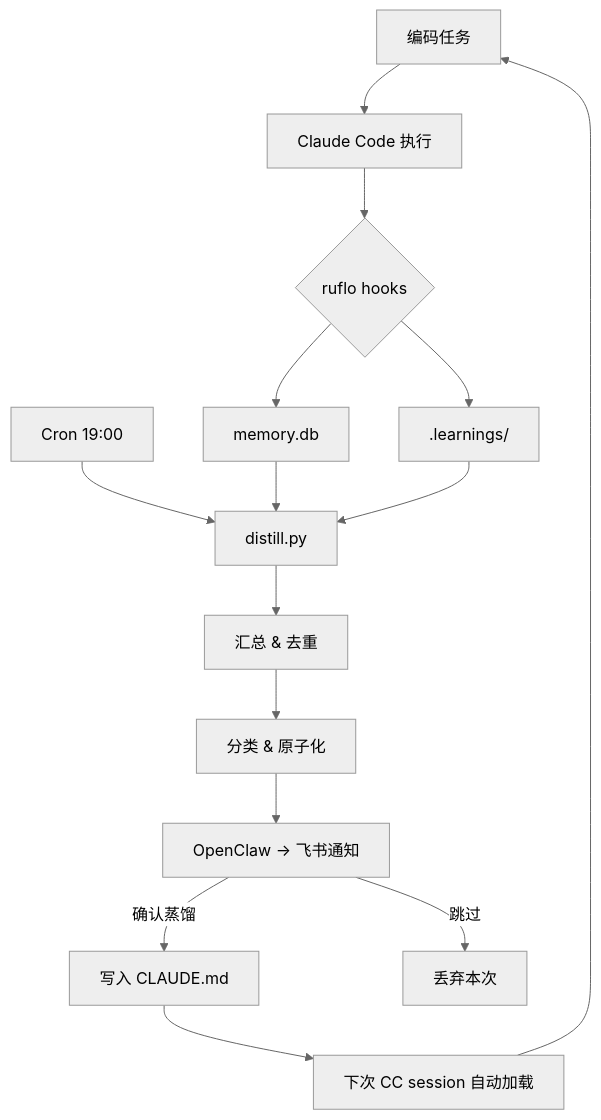
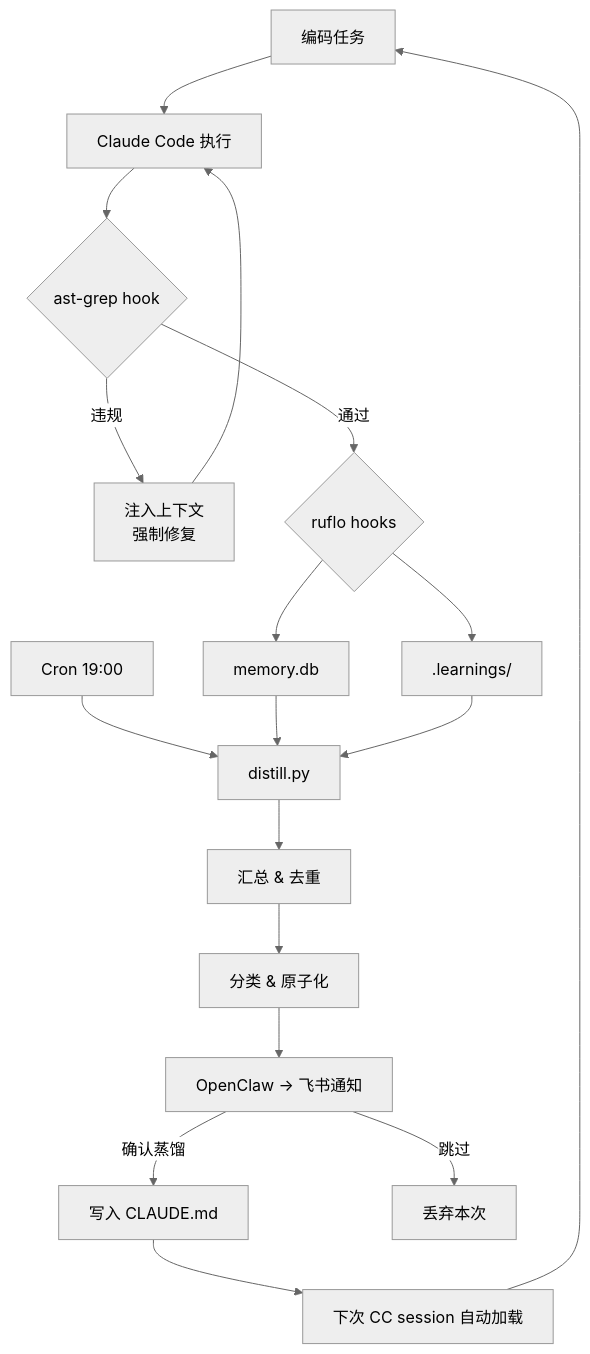
Before and after one commit to yaofuhong0311/ai-coding-workflow: the diagram in docs/self-evolution.md, drawn with Mermaid (neutral theme). The commit also changed 4 other files, not shown here.

First line of the commit message:
docs: add ast-grep mechanical enforcement and three-layer defense model

````diff
--- a/docs/self-evolution.md
+++ b/docs/self-evolution.md
@@ -97,21 +97,24 @@
 ```mermaid
 flowchart TD
     A[编码任务] --> B[Claude Code 执行]
-    B --> C{ruflo hooks}
-    C --> D[memory.db]
-    C --> E[.learnings/]
-    
+    B --> C{ast-grep hook}
+    C -->|违规| C1[注入上下文<br/>强制修复]
+    C1 --> B
+    C -->|通过| C2{ruflo hooks}
+    C2 --> D[memory.db]
+    C2 --> E[.learnings/]
+
     F[Cron 19:00] --> G[distill.py]
     D --> G
     E --> G
-    
+
     G --> H[汇总 & 去重]
     H --> I[分类 & 原子化]
     I --> J[OpenClaw → 飞书通知]
-    
+
     J -->|确认蒸馏| K[写入 CLAUDE.md]
     J -->|跳过| L[丢弃本次]
-    
+
     K --> M[下次 CC session 自动加载]
     M --> A
 ```
````
